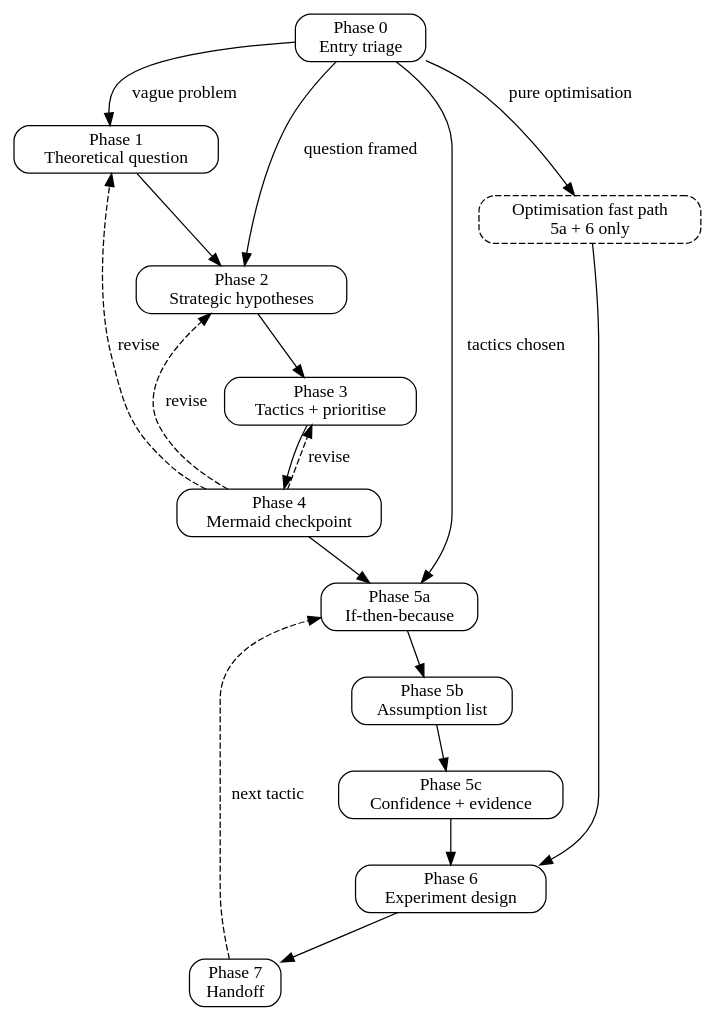
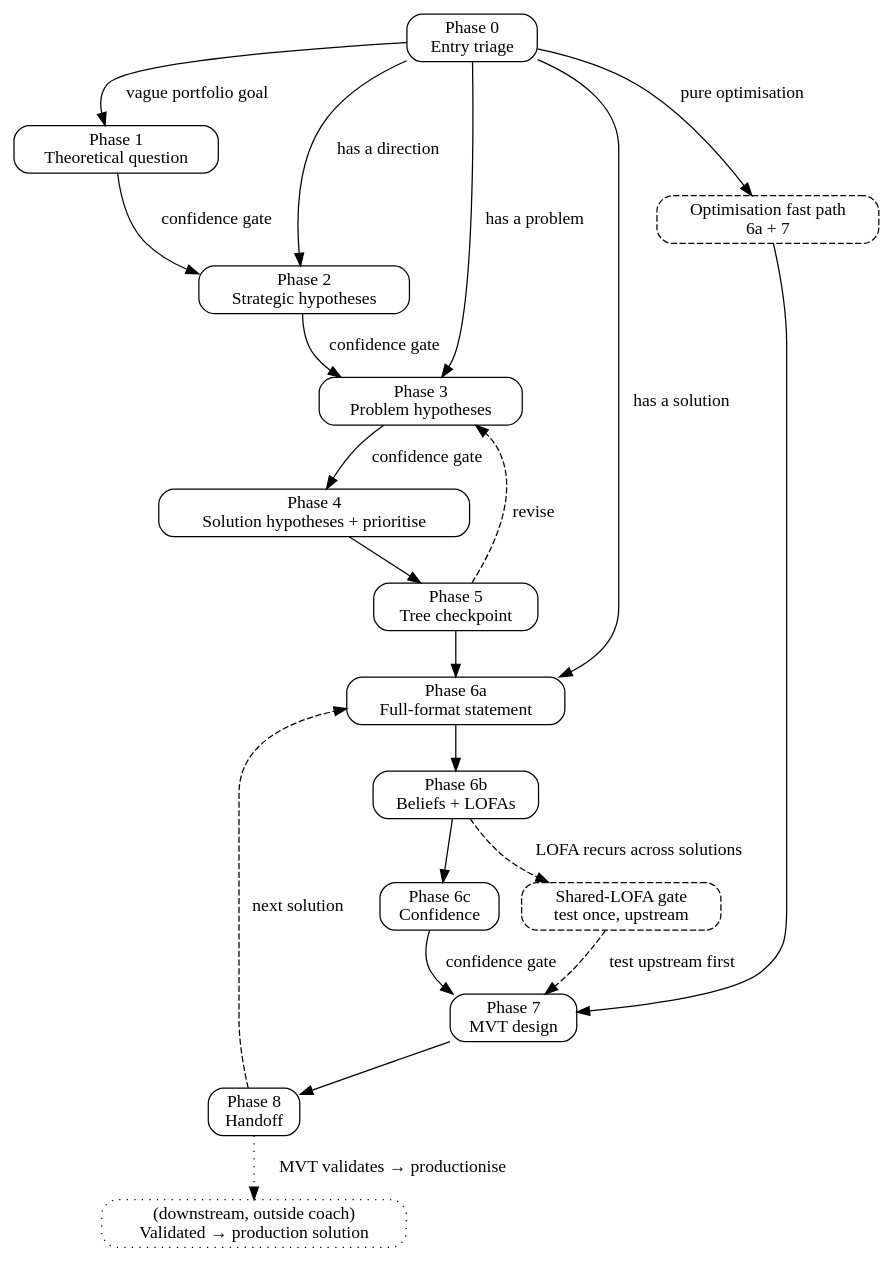
One commit to brubinsztein/strategic-experimentation-coach changed the first of 2 diagrams in SKILL.md. Above: the diagram before and after it, drawn with Graphviz. The commit also changed other lines of this file and 5 other files, not shown here.

First line of the commit message:
feat: v1.0 re-base on Problem to Solution to MVT spine

````diff
--- a/SKILL.md
+++ b/SKILL.md
@@ -45,29 +68,36 @@
 ```dot
-digraph strategic_experimentation_flow {
-    rankdir=TB;
-    node [shape=box, style=rounded];
-
+digraph spine {
+    rankdir=TB; node [shape=box, style=rounded];
     P0 [label="Phase 0\nEntry triage"];
     P1 [label="Phase 1\nTheoretical question"];
     P2 [label="Phase 2\nStrategic hypotheses"];
-    P3 [label="Phase 3\nTactics + prioritise"];
-    P4 [label="Phase 4\nMermaid checkpoint"];
-    P5a [label="Phase 5a\nIf-then-because"];
-    P5b [label="Phase 5b\nAssumption list"];
-    P5c [label="Phase 5c\nConfidence + evidence"];
-    P6 [label="Phase 6\nExperiment design"];
-    P7 [label="Phase 7\nHandoff"];
-    FastPath [label="Optimisation fast path\n5a + 6 only", shape=box, style="rounded,dashed"];
+    P3 [label="Phase 3\nProblem hypotheses"];
+    P4 [label="Phase 4\nSolution hypotheses + prioritise"];
+    P5 [label="Phase 5\nTree checkpoint"];
+    P6a [label="Phase 6a\nFull-format statement"];
+    P6b [label="Phase 6b\nBeliefs + LOFAs"];
+    P6c [label="Phase 6c\nConfidence"];
+    P7 [label="Phase 7\nMVT design"];
+    P8 [label="Phase 8\nHandoff"];
+    Prod [label="(downstream, outside coach)\nValidated → production solution", shape=box, style="rounded,dotted"];
+    SharedLOFA [label="Shared-LOFA gate\ntest once, upstream", shape=box, style="rounded,dashed"];
+    FastPath [label="Optimisation fast path\n6a + 7", shape=box, style="rounded,dashed"];
 
-    P0 -> P1 [label="vague problem"];
-    P0 -> P2 [label="question framed"];
-    P0 -> P5a [label="tactics chosen"];
+    P0 -> P1 [label="vague portfolio goal"];
+    P0 -> P2 [label="has a direction"];
+    P0 -> P3 [label="has a problem"];
+    P0 -> P6a [label="has a solution"];
     P0 -> FastPath [label="pure optimisation"];
-    P1 -> P2 -> P3 -> P4 -> P5a -> P5b -> P5c -> P6 -> P7;
-    P4 -> P1 [label="revise", style=dashed];
-    P4 -> P2 [label="revise", style=dashed];
-    P4 -> P3 [label="revise", style=dashed];
-    P7 -> P5a [label="next tactic", style=dashed];
-    FastPath -> P6;
+    P1 -> P2 [label="confidence gate"];
+    P2 -> P3 [label="confidence gate"];
+    P3 -> P4 [label="confidence gate"];
+    P6c -> P7 [label="confidence gate"];
+    P4 -> P5 -> P6a -> P6b -> P6c; P7 -> P8;
+    P6b -> SharedLOFA [label="LOFA recurs across solutions", style=dashed];
+    SharedLOFA -> P7 [label="test upstream first", style=dashed];
+    P5 -> P3 [label="revise", style=dashed];
+    P8 -> P6a [label="next solution", style=dashed];
+    P8 -> Prod [label="MVT validates → productionise", style=dotted];
+    FastPath -> P7;
 }
 ```
````
